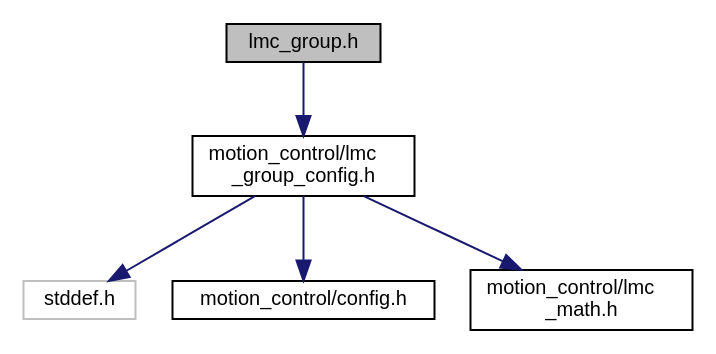
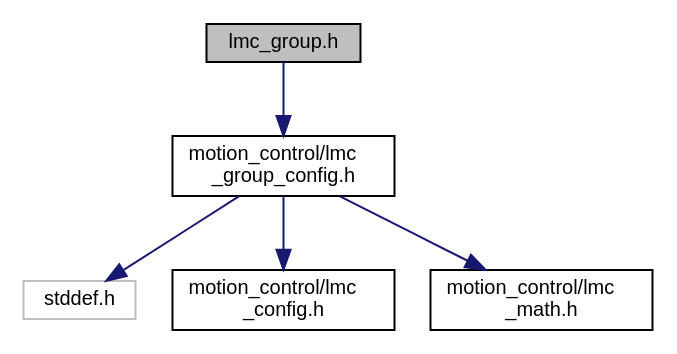
The diagram in lmc__group_8h__incl.dot (lebai-robotics/lmc_output), drawn with Graphviz before and after one commit. The commit also changed 165 other files, not shown here.

```diff
--- a/lmc__group_8h__incl.dot
+++ b/lmc__group_8h__incl.dot
@@ -1,14 +1,14 @@
 digraph "lmc_group.h"
 {
   edge [fontname="Helvetica",fontsize="10",labelfontname="Helvetica",labelfontsize="10"];
   node [fontname="Helvetica",fontsize="10",shape=record];
   Node1 [label="lmc_group.h",height=0.2,width=0.4,color="black", fillcolor="grey75", style="filled", fontcolor="black"];
   Node1 -> Node2 [color="midnightblue",fontsize="10",style="solid",fontname="Helvetica"];
   Node2 [label="motion_control/lmc\l_group_config.h",height=0.2,width=0.4,color="black", fillcolor="white", style="filled",URL="$lmc__group__config_8h.html",tooltip="Group(basic unit for coliision detect and motion planner) config data structures. ..."];
   Node2 -> Node3 [color="midnightblue",fontsize="10",style="solid",fontname="Helvetica"];
   Node3 [label="stddef.h",height=0.2,width=0.4,color="grey75", fillcolor="white", style="filled"];
   Node2 -> Node4 [color="midnightblue",fontsize="10",style="solid",fontname="Helvetica"];
-  Node4 [label="motion_control/config.h",height=0.2,width=0.4,color="black", fillcolor="white", style="filled",URL="$config_8h.html",tooltip="Global configuration macro. "];
+  Node4 [label="motion_control/lmc\l_config.h",height=0.2,width=0.4,color="black", fillcolor="white", style="filled",URL="$lmc__config_8h.html",tooltip="Global configuration macro. "];
   Node2 -> Node5 [color="midnightblue",fontsize="10",style="solid",fontname="Helvetica"];
   Node5 [label="motion_control/lmc\l_math.h",height=0.2,width=0.4,color="black", fillcolor="white", style="filled",URL="$lmc__math_8h.html",tooltip="Basic math data structure definitions and functions. "];
 }
```
